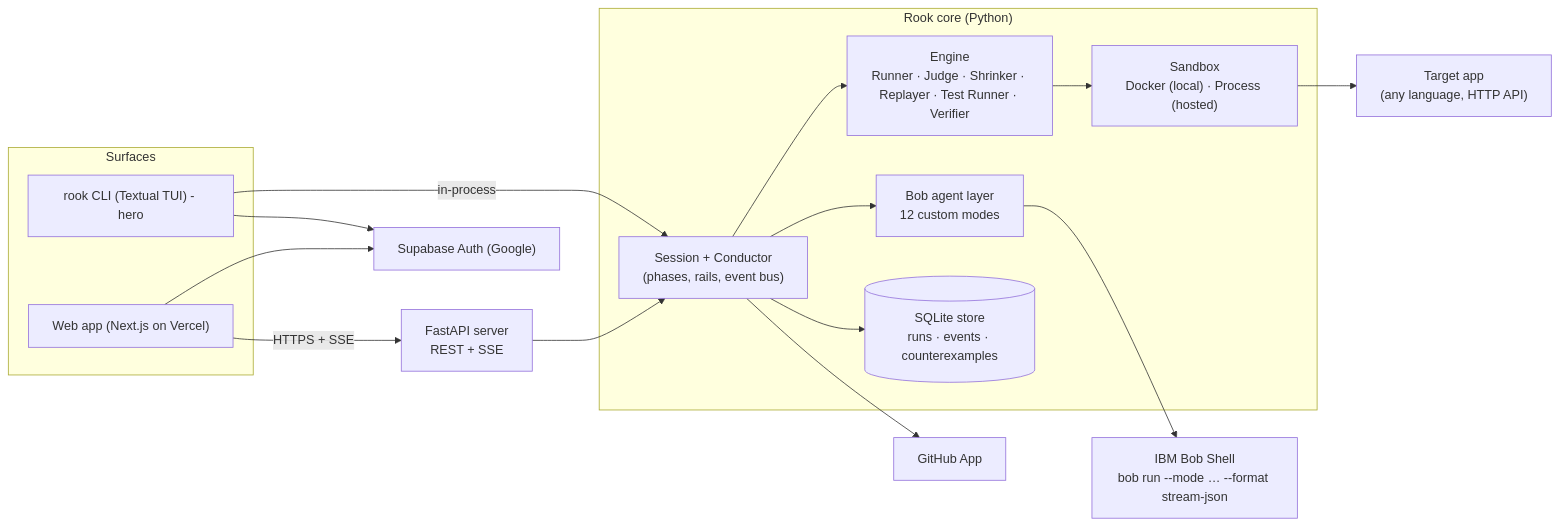
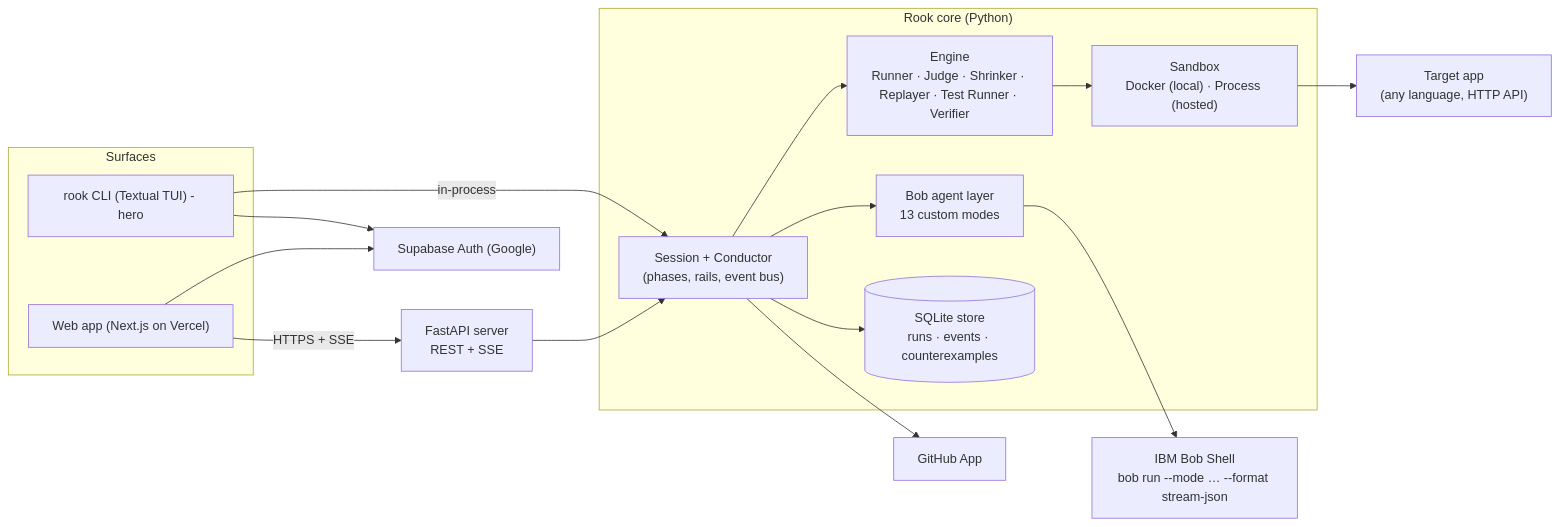
One commit to tony19053000/rook changed the diagram in docs/02_ARCHITECTURE.md. Above: the diagram before and after it, drawn with Mermaid. The commit also changed other lines of this file and 5 other files, not shown here.

````diff
--- a/docs/02_ARCHITECTURE.md
+++ b/docs/02_ARCHITECTURE.md
@@ -9,27 +9,27 @@
 ```mermaid
 flowchart LR
   subgraph Surfaces
     CLI["rook CLI (Textual TUI) - hero"]
     WEB["Web app (Next.js on Vercel)"]
   end
   subgraph Core["Rook core (Python)"]
     SES["Session + Conductor<br/>(phases, rails, event bus)"]
-    AGT["Bob agent layer<br/>12 custom modes"]
+    AGT["Bob agent layer<br/>13 custom modes"]
     ENG["Engine<br/>Runner · Judge · Shrinker · Replayer · Test Runner · Verifier"]
     SBX["Sandbox<br/>Docker (local) · Process (hosted)"]
     STO[("SQLite store<br/>runs · events · counterexamples")]
   end
   SRV["FastAPI server<br/>REST + SSE"]
   BOB["IBM Bob Shell<br/>bob run --mode … --format stream-json"]
   APP["Target app<br/>(any language, HTTP API)"]
   GH["GitHub App"]
   SUPA["Supabase Auth (Google)"]
 
   CLI -->|in-process| SES
   WEB -->|HTTPS + SSE| SRV --> SES
   SES --> AGT --> BOB
   SES --> ENG --> SBX --> APP
   SES --> STO
   SES --> GH
   CLI & WEB --> SUPA
 ```
````
